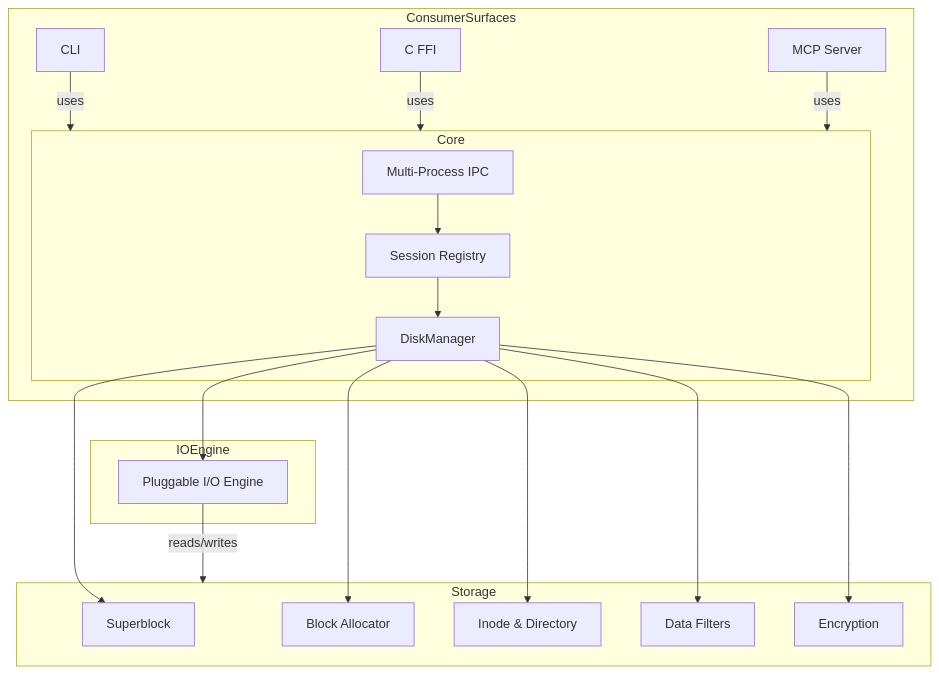
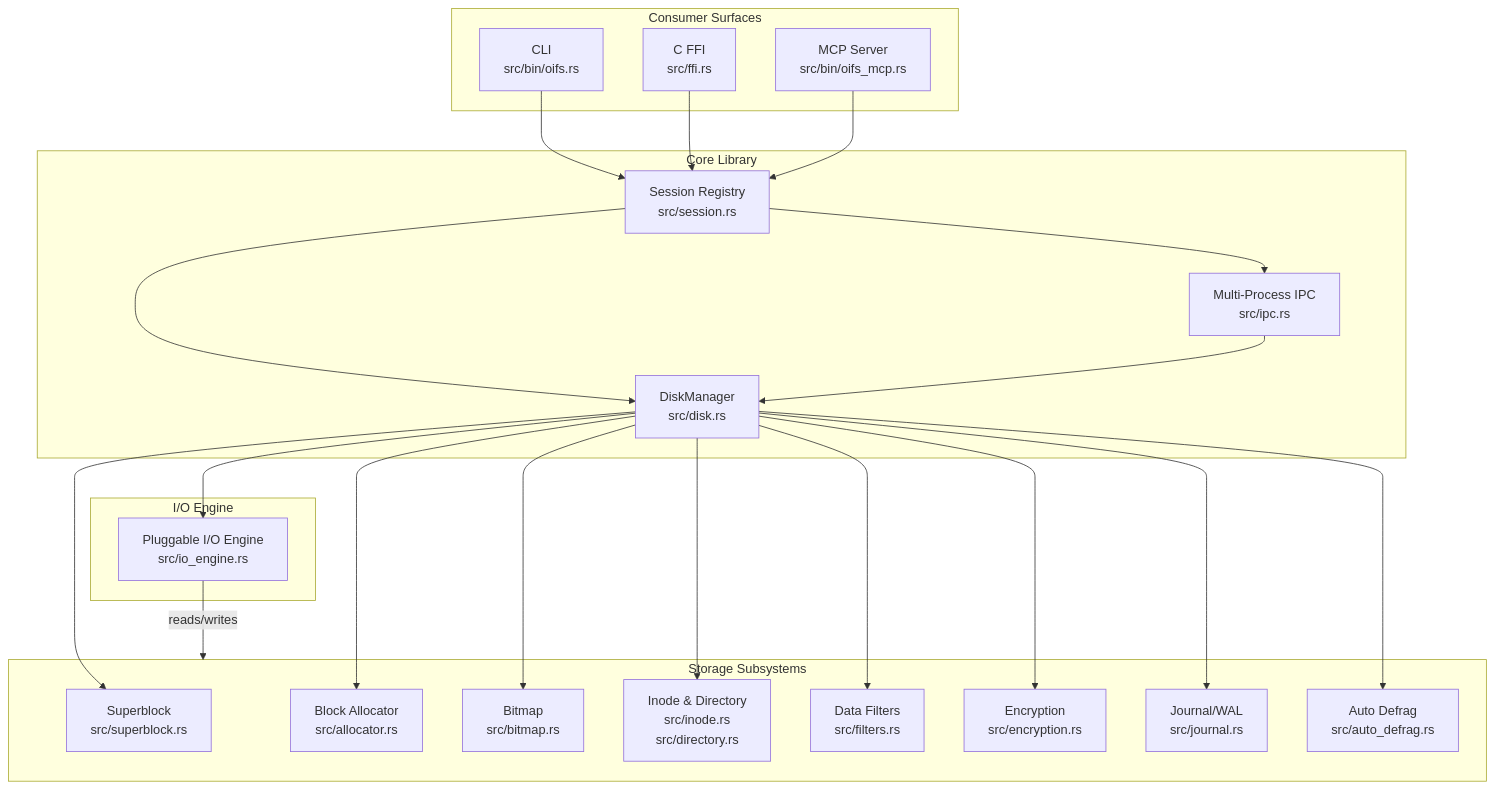
The first of 2 diagrams in openwiki/architecture/overview.md (ych/oifs), drawn with Mermaid before and after one commit. The commit also changed other lines of this file and 73 other files, not shown here.

````diff
--- a/openwiki/architecture/overview.md
+++ b/openwiki/architecture/overview.md
@@ -36,28 +50,46 @@
 ```mermaid
-graph TD
-    subgraph ConsumerSurfaces
-        CLI[CLI] -->|uses| Core
-        FFI[C FFI] -->|uses| Core
-        MCP[MCP Server] -->|uses| Core
+flowchart TD
+    subgraph ConsumerSurfaces[Consumer Surfaces]
+        CLI[CLI<br/>src/bin/oifs.rs]
+        FFI[C FFI<br/>src/ffi.rs]
+        MCP[MCP Server<br/>src/bin/oifs_mcp.rs]
     end
 
-    subgraph Core
-        IPC[Multi-Process IPC] --> Session[Session Registry]
-        Session --> DiskManager[DiskManager]
+    subgraph Core[Core Library]
+        Session[Session Registry<br/>src/session.rs]
+        IPC[Multi-Process IPC<br/>src/ipc.rs]
+        DiskManager[DiskManager<br/>src/disk.rs]
     end
 
-    subgraph Storage
-        DiskManager --> SB[Superblock]
-        DiskManager --> Alloc[Block Allocator]
-        DiskManager --> InodeDir[Inode & Directory]
-        DiskManager --> Filters[Data Filters]
-        DiskManager --> Encrypt[Encryption]
+    subgraph Storage[Storage Subsystems]
+        SB[Superblock<br/>src/superblock.rs]
+        Alloc[Block Allocator<br/>src/allocator.rs]
+        Bitmap[Bitmap<br/>src/bitmap.rs]
+        InodeDir[Inode & Directory<br/>src/inode.rs<br/>src/directory.rs]
+        Filters[Data Filters<br/>src/filters.rs]
+        Encrypt[Encryption<br/>src/encryption.rs]
+        Journal[Journal/WAL<br/>src/journal.rs]
+        AutoDefrag[Auto Defrag<br/>src/auto_defrag.rs]
     end
 
-    subgraph IOEngine
-        IO[Pluggable I/O Engine]
+    subgraph IOEngine[I/O Engine]
+        IO[Pluggable I/O Engine<br/>src/io_engine.rs]
     end
 
+    CLI --> Session
+    FFI --> Session
+    MCP --> Session
+    Session --> IPC
+    Session --> DiskManager
+    IPC --> DiskManager
+    DiskManager --> SB
+    DiskManager --> Alloc
+    DiskManager --> Bitmap
+    DiskManager --> InodeDir
+    DiskManager --> Filters
+    DiskManager --> Encrypt
+    DiskManager --> Journal
+    DiskManager --> AutoDefrag
     DiskManager --> IO
-    IO --> |reads/writes| Storage
+    IO -->|reads/writes| Storage
 ```
````
